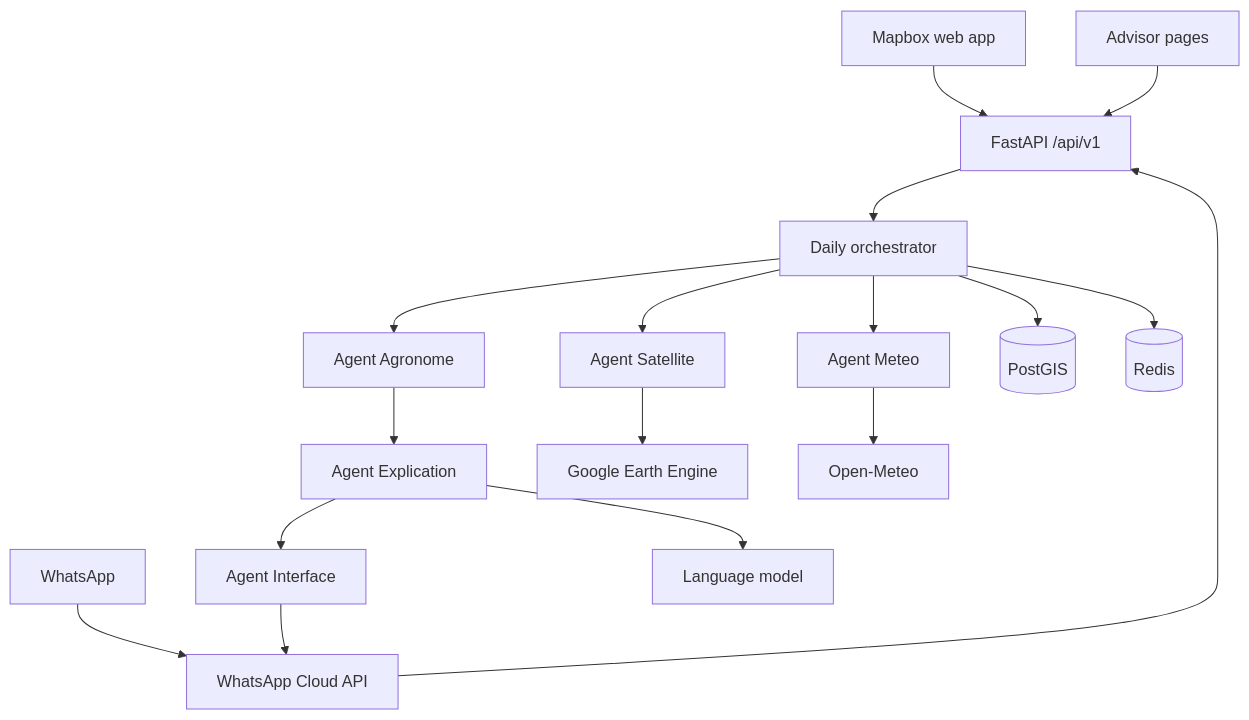
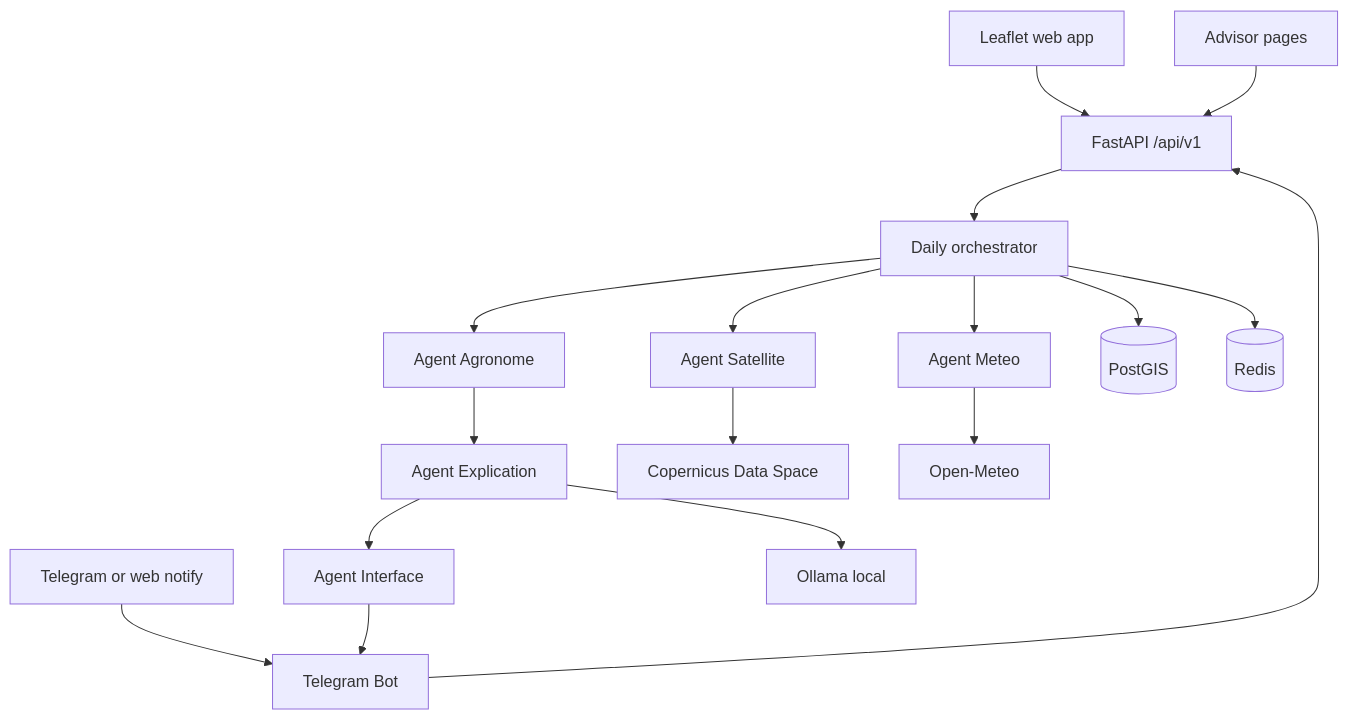
The first of 4 diagrams in README.md (AmineElAtrache/Qatra), drawn with Mermaid before and after one commit. The commit also changed other lines of this file and 84 other files, not shown here.

````diff
--- a/README.md
+++ b/README.md
@@ -52,35 +54,35 @@
 ```mermaid
 flowchart TB
-  web[Mapbox web app]
+  web[Leaflet web app]
   advisor[Advisor pages]
-  waUser[WhatsApp]
+  tgUser[Telegram or web notify]
   api[FastAPI /api/v1]
   orch[Daily orchestrator]
   sat[Agent Satellite]
   meteo[Agent Meteo]
   agro[Agent Agronome]
   explain[Agent Explication]
   notif[Agent Interface]
   db[(PostGIS)]
   redis[(Redis)]
-  gee[Google Earth Engine]
+  cds[Copernicus Data Space]
   om[Open-Meteo]
-  meta[WhatsApp Cloud API]
-  llm[Language model]
+  tg[Telegram Bot]
+  llm[Ollama local]
   web --> api
   advisor --> api
-  waUser --> meta
-  meta --> api
+  tgUser --> tg
+  tg --> api
   api --> orch
   orch --> sat
   orch --> meteo
   orch --> agro
   agro --> explain
   explain --> notif
-  sat --> gee
+  sat --> cds
   meteo --> om
   explain --> llm
-  notif --> meta
+  notif --> tg
   orch --> db
   orch --> redis
 ```
````
